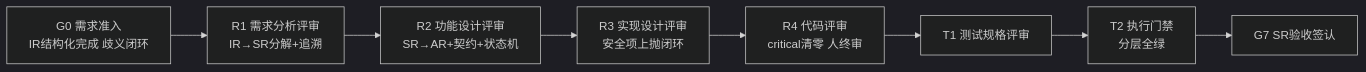
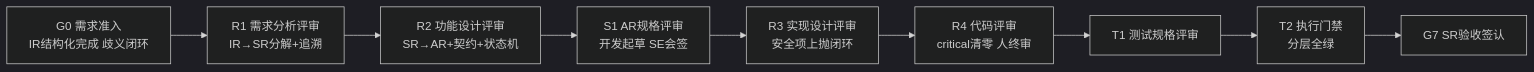
One commit to hujianbest/devflow changed the second of 3 diagrams in docs/ai-rd-transformation-plan.md. Above: the diagram before and after it, drawn with Mermaid (dark theme). The commit also changed other lines of this file, not shown here.

````diff
--- a/docs/ai-rd-transformation-plan.md
+++ b/docs/ai-rd-transformation-plan.md
@@ -133,10 +148,11 @@
 ```mermaid
 flowchart LR
     G0[G0 需求准入<br/>IR结构化完成 歧义闭环] --> G1[R1 需求分析评审<br/>IR→SR分解+追溯]
     G1 --> G2[R2 功能设计评审<br/>SR→AR+契约+状态机]
-    G2 --> G3[R3 实现设计评审<br/>安全项上抛闭环]
+    G2 --> S1[S1 AR规格评审<br/>开发起草 SE会签]
+    S1 --> G3[R3 实现设计评审<br/>安全项上抛闭环]
     G3 --> G4[R4 代码评审<br/>critical清零 人终审]
     G4 --> G5[T1 测试规格评审]
     G5 --> G6[T2 执行门禁<br/>分层全绿]
     G6 --> G7[G7 SR验收签认]
 ```
````
